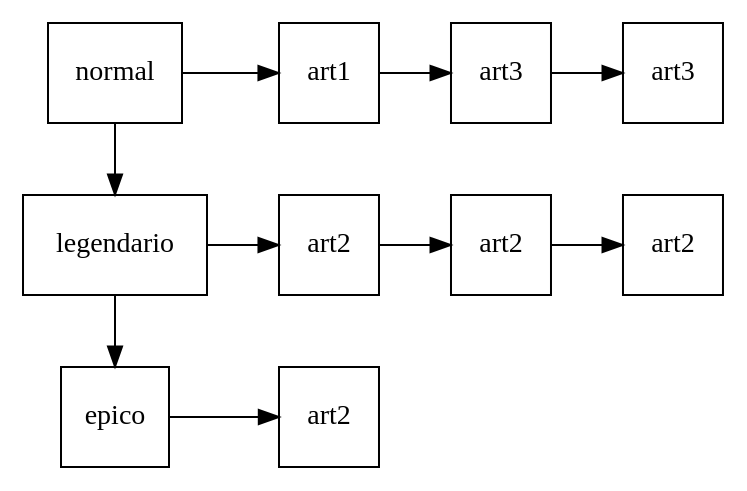
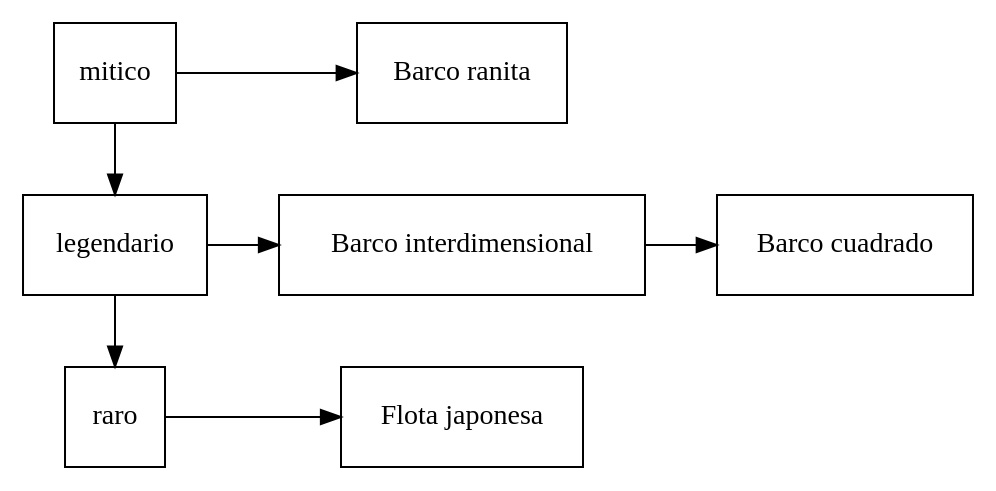
Before and after one commit to davidjr01/-EDD_2S-BatallaNaval_-201801106: the diagram in Fase_1/Reportes/ListaCategoria.dot, drawn with Graphviz. The commit also changed 25 other files, not shown here.

```diff
--- a/Fase_1/Reportes/ListaCategoria.dot
+++ b/Fase_1/Reportes/ListaCategoria.dot
@@ -1,27 +1,24 @@
 digraph G {
 node[shape = box,width=0.7,height=0.7,fillcolor="white" color="black"  ]
 graph [ nodesep="0.5"]
 rankdir=LR;
-Nodo1[label="normal"]
+Nodo1[label="mitico"]
 Nodo2[label="legendario"]
-Nodo3[label="epico"]
+Nodo3[label="raro"]
 
 {rank = same;
 Nodo1->Nodo2->Nodo3
 }
  edge[dir="forward"]; 
 
-Nodos11[label="art1"]
-Nodos12[label="art3"]
-Nodos13[label="art3"]
-Nodo1->Nodos11->Nodos12->Nodos13
+Nodos11[label="Barco ranita"]
+Nodo1->Nodos11
 
-Nodos21[label="art2"]
-Nodos22[label="art2"]
-Nodos23[label="art2"]
-Nodo2->Nodos21->Nodos22->Nodos23
+Nodos21[label="Barco interdimensional"]
+Nodos22[label="Barco cuadrado"]
+Nodo2->Nodos21->Nodos22
 
-Nodos31[label="art2"]
+Nodos31[label="Flota japonesa"]
 Nodo3->Nodos31
 
 }
```
